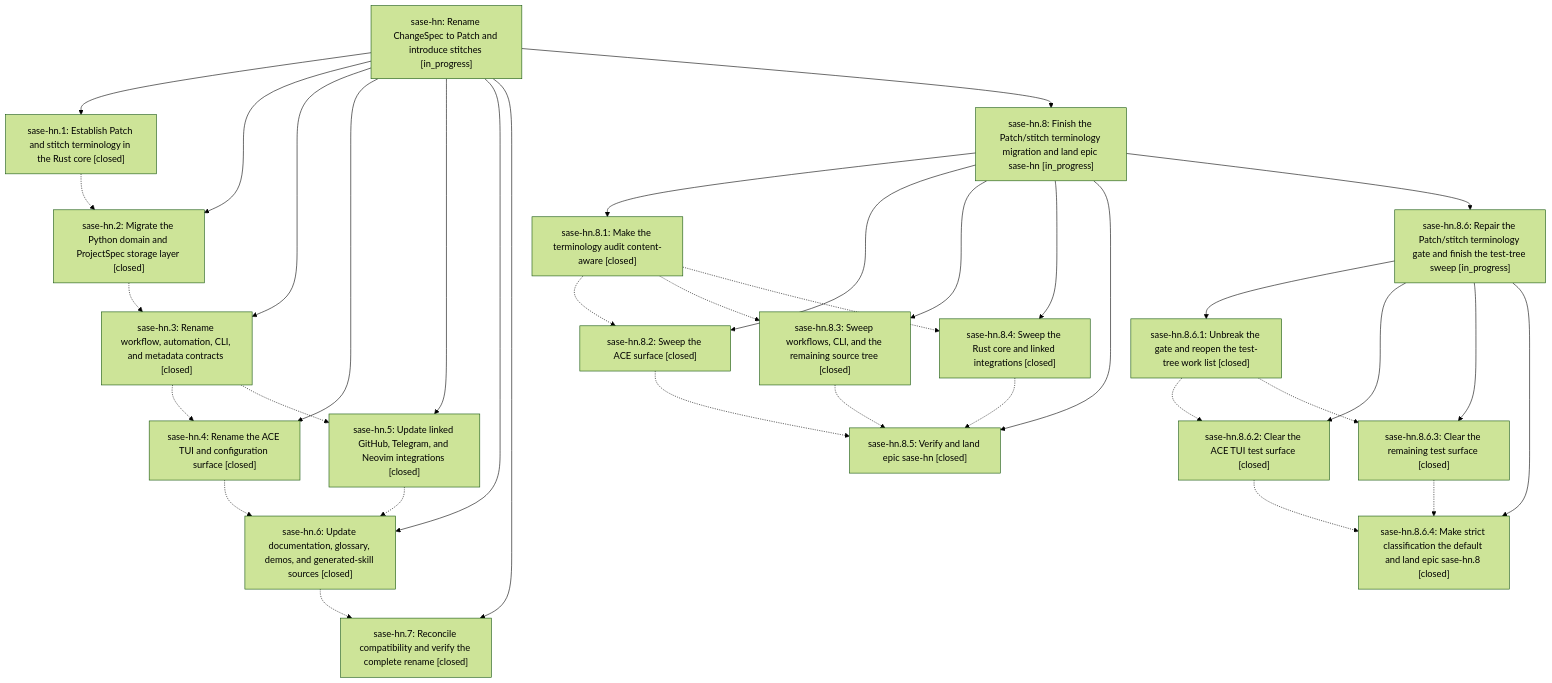
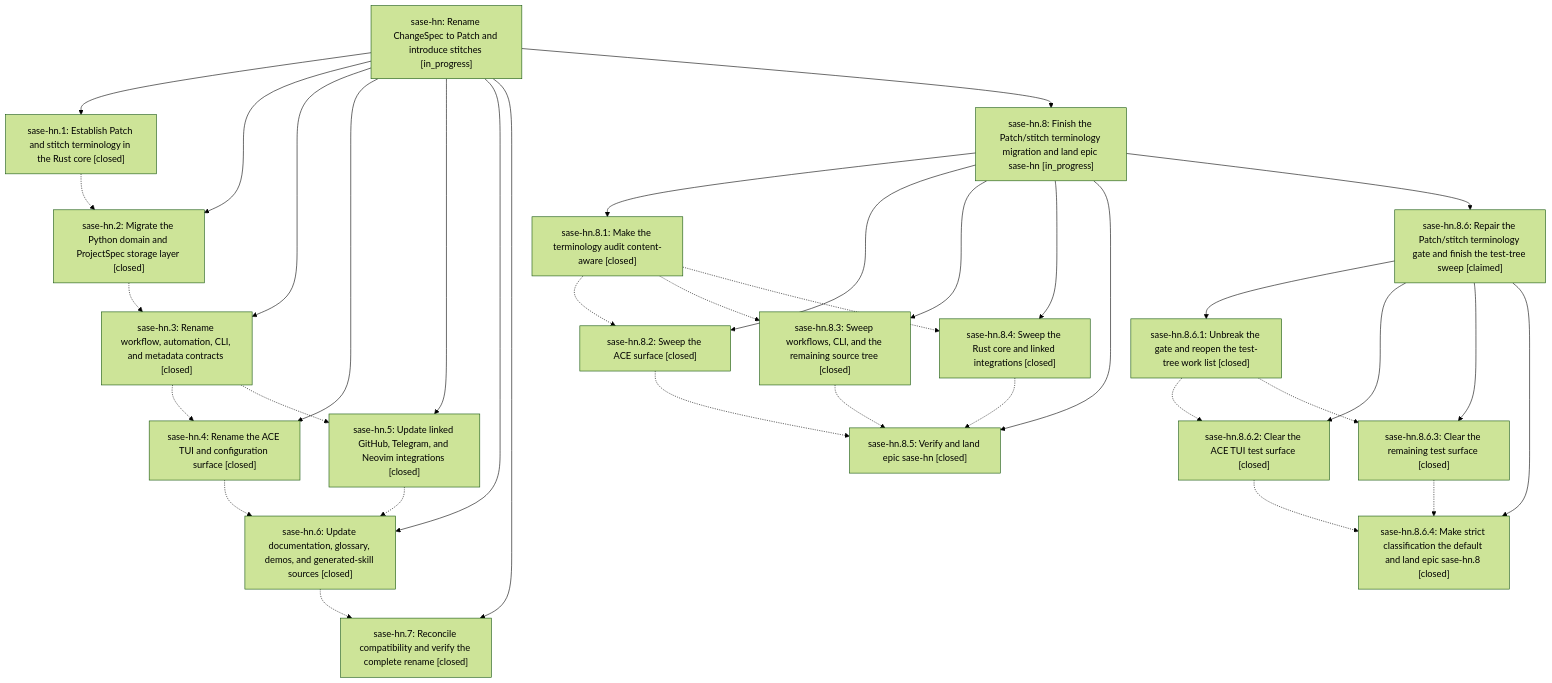
The diagram in pages/sase-hn/README.md (sase-org/sase--beads), drawn with Mermaid (forest theme) before and after one commit. The commit also changed other lines of this file and 1 other file, not shown here.

First line of the commit message:
chore(beads): sync bead state and pages for sase-hn

````diff
--- a/pages/sase-hn/README.md
+++ b/pages/sase-hn/README.md
@@ -48,57 +48,57 @@
 ```mermaid
 flowchart TD
     n0["sase-hn: Rename ChangeSpec to Patch and introduce stitches [in_progress]"]
     n1["sase-hn.1: Establish Patch and stitch terminology in the Rust core [closed]"]
     n2["sase-hn.2: Migrate the Python domain and ProjectSpec storage layer [closed]"]
     n3["sase-hn.3: Rename workflow, automation, CLI, and metadata contracts [closed]"]
     n4["sase-hn.4: Rename the ACE TUI and configuration surface [closed]"]
     n5["sase-hn.5: Update linked GitHub, Telegram, and Neovim integrations [closed]"]
     n6["sase-hn.6: Update documentation, glossary, demos, and generated-skill sources [closed]"]
     n7["sase-hn.7: Reconcile compatibility and verify the complete rename [closed]"]
     n8["sase-hn.8: Finish the Patch/stitch terminology migration and land epic sase-hn [in_progress]"]
     n9["sase-hn.8.1: Make the terminology audit content-aware [closed]"]
     n10["sase-hn.8.2: Sweep the ACE surface [closed]"]
     n11["sase-hn.8.3: Sweep workflows, CLI, and the remaining source tree [closed]"]
     n12["sase-hn.8.4: Sweep the Rust core and linked integrations [closed]"]
     n13["sase-hn.8.5: Verify and land epic sase-hn [closed]"]
-    n14["sase-hn.8.6: Repair the Patch/stitch terminology gate and finish the test-tree sweep [in_progress]"]
+    n14["sase-hn.8.6: Repair the Patch/stitch terminology gate and finish the test-tree sweep [claimed]"]
     n15["sase-hn.8.6.1: Unbreak the gate and reopen the test-tree work list [closed]"]
     n16["sase-hn.8.6.2: Clear the ACE TUI test surface [closed]"]
     n17["sase-hn.8.6.3: Clear the remaining test surface [closed]"]
     n18["sase-hn.8.6.4: Make strict classification the default and land epic sase-hn.8 [closed]"]
     n0 --> n1
     n0 --> n2
     n0 --> n3
     n0 --> n4
     n0 --> n5
     n0 --> n6
     n0 --> n7
     n0 --> n8
     n8 --> n9
     n8 --> n10
     n8 --> n11
     n8 --> n12
     n8 --> n13
     n8 --> n14
     n14 --> n15
     n14 --> n16
     n14 --> n17
     n14 --> n18
     n1 -.-> n2
     n2 -.-> n3
     n3 -.-> n4
     n3 -.-> n5
     n4 -.-> n6
     n5 -.-> n6
     n6 -.-> n7
     n9 -.-> n10
     n9 -.-> n11
     n9 -.-> n12
     n10 -.-> n13
     n11 -.-> n13
     n12 -.-> n13
     n15 -.-> n16
     n15 -.-> n17
     n16 -.-> n18
     n17 -.-> n18
 ```
````
